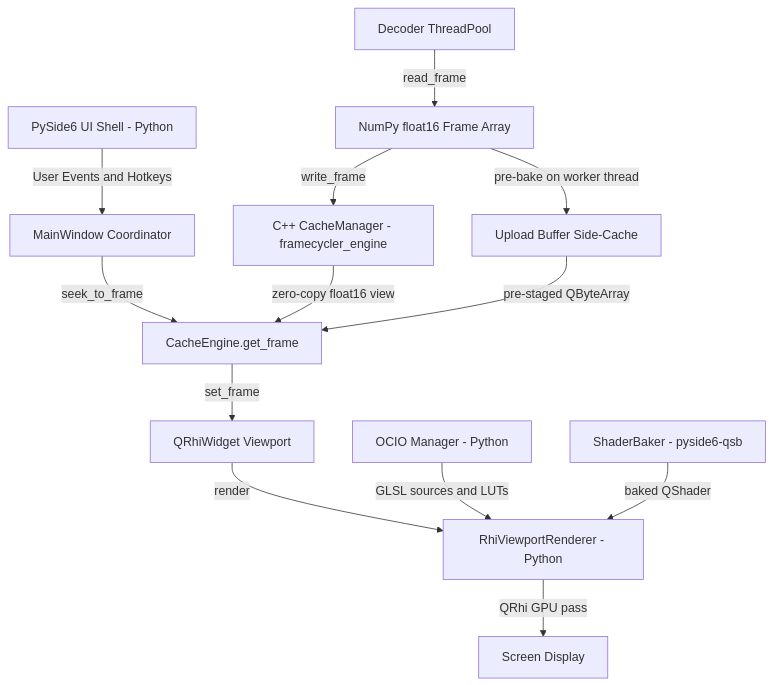
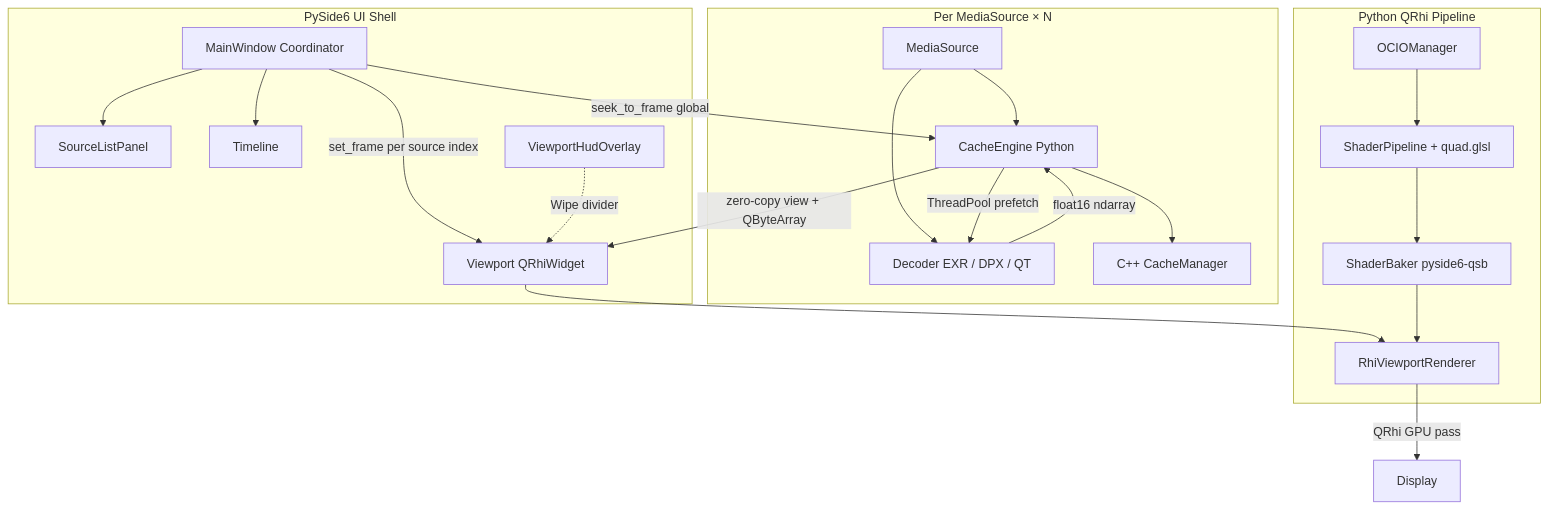
Before and after one commit to bernhardkimbacher/Framecycler: the diagram in README.md, drawn with Mermaid. The commit also changed other lines of this file, not shown here.

First line of the commit message:
Update README architecture docs for multi-source playback.

````diff
--- a/README.md
+++ b/README.md
@@ -11,15 +11,39 @@
 ```mermaid
-graph TD
-    A[PySide6 UI Shell - Python] -->|User Events and Hotkeys| B[MainWindow Coordinator]
-    B -->|seek_to_frame| C[CacheEngine.get_frame]
-    D[Decoder ThreadPool] -->|read_frame| E[NumPy float16 Frame Array]
-    E -->|write_frame| F[C++ CacheManager - framecycler_engine]
-    E -->|pre-bake on worker thread| G[Upload Buffer Side-Cache]
-    F -->|zero-copy float16 view| C
-    G -->|pre-staged QByteArray| C
-    C -->|set_frame| H[QRhiWidget Viewport]
-    H -->|render| I[RhiViewportRenderer - Python]
-    I -->|QRhi GPU pass| J[Screen Display]
-    K[OCIO Manager - Python] -->|GLSL sources and LUTs| I
-    L[ShaderBaker - pyside6-qsb] -->|baked QShader| I
+graph TB
+    subgraph UI["PySide6 UI Shell"]
+        MW[MainWindow Coordinator]
+        SLP[SourceListPanel]
+        TL[Timeline]
+        VP[Viewport QRhiWidget]
+        HUD[ViewportHudOverlay]
+    end
+
+    subgraph Sources["Per MediaSource × N"]
+        MS[MediaSource]
+        DEC[Decoder EXR / DPX / QT]
+        CE[CacheEngine Python]
+        CM[C++ CacheManager]
+        MS --> DEC
+        MS --> CE
+        CE --> CM
+        CE -->|ThreadPool prefetch| DEC
+    end
+
+    subgraph Render["Python QRhi Pipeline"]
+        RVR[RhiViewportRenderer]
+        OCIO[OCIOManager]
+        SP[ShaderPipeline + quad.glsl]
+        SB[ShaderBaker pyside6-qsb]
+    end
+
+    MW --> SLP
+    MW --> TL
+    MW -->|seek_to_frame global| CE
+    DEC -->|float16 ndarray| CE
+    CE -->|zero-copy view + QByteArray| VP
+    MW -->|set_frame per source index| VP
+    VP --> RVR
+    OCIO --> SP --> SB --> RVR
+    HUD -.->|Wipe divider| VP
+    RVR -->|QRhi GPU pass| Screen[Display]
 ```
````
